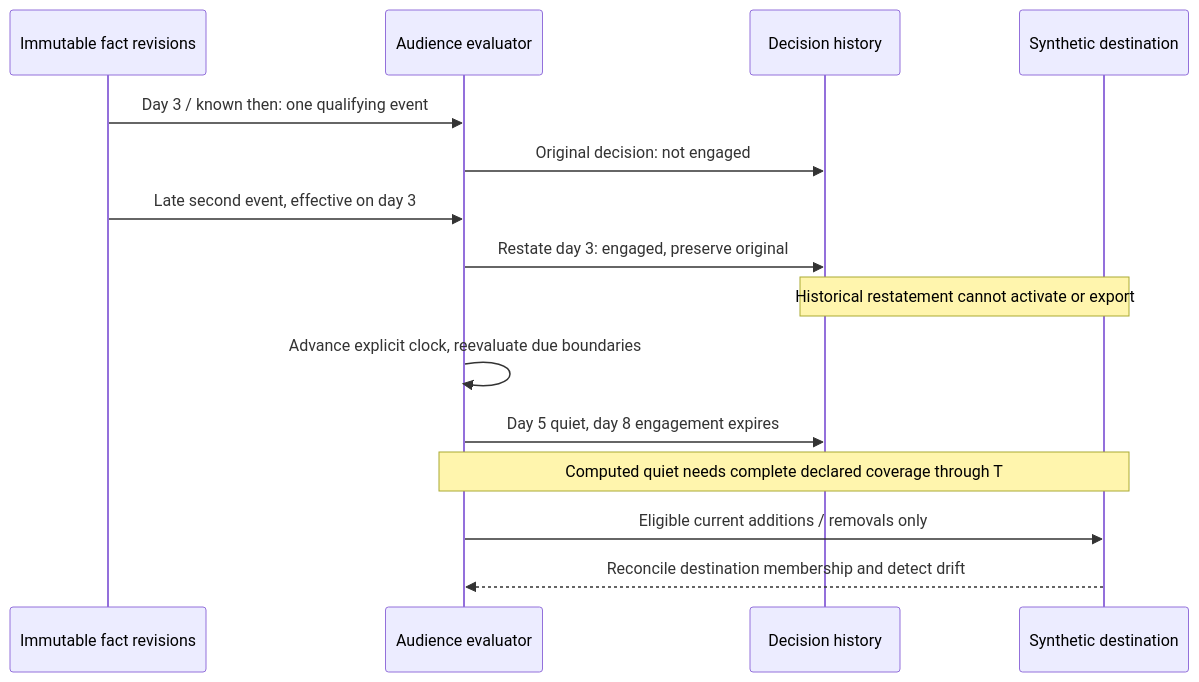
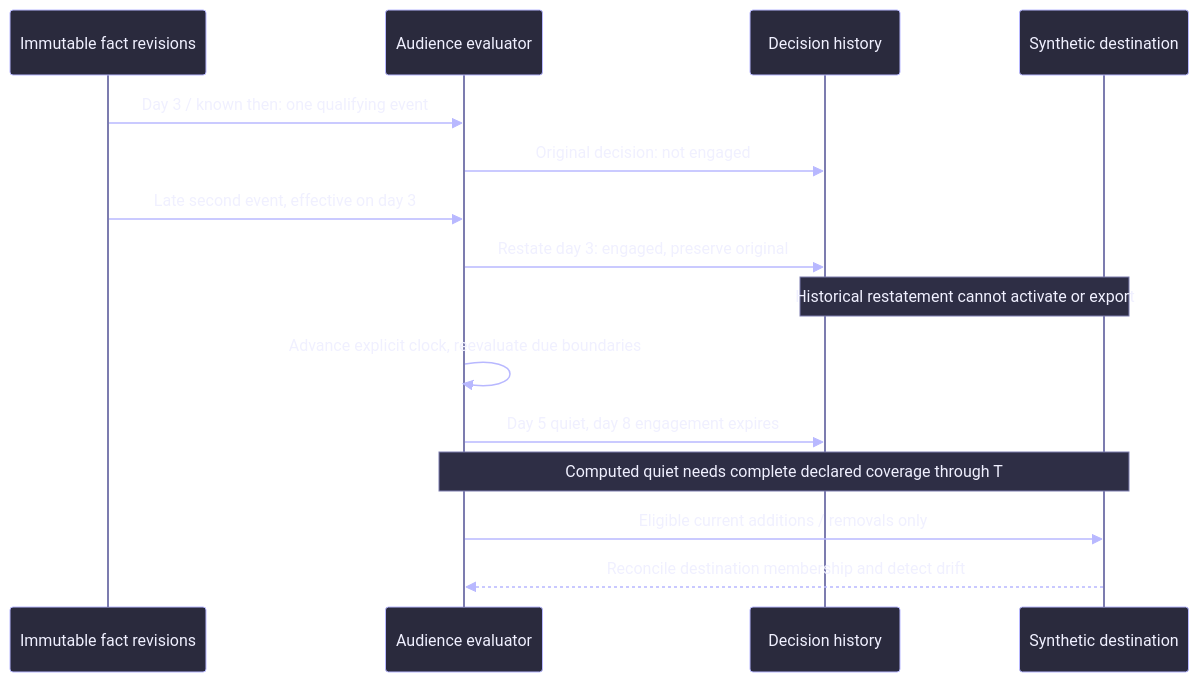
The diagram in README.md (rlbsem/temporal-customer-audiences), drawn with Mermaid before and after one commit.

Commit message:
Apply Groundbreakers engineering diagram palette (#1)

````diff
--- a/README.md
+++ b/README.md
@@ -7,17 +7,18 @@
 ```mermaid
+%%{init: {"theme":"base","themeVariables":{"background":"#10101D","primaryColor":"#2A2A3D","primaryTextColor":"#F0F0FF","primaryBorderColor":"#7C7CAF","lineColor":"#B8B8FF","textColor":"#F0F0FF","secondaryColor":"#181825","tertiaryColor":"#2E2E45","fontFamily":"IBM Plex Sans, Arial, sans-serif","fontSize":"15px","actorBkg":"#2A2A3D","actorBorder":"#B8B8FF","actorTextColor":"#F0F0FF","actorLineColor":"#7C7CAF","signalColor":"#B8B8FF","signalTextColor":"#F0F0FF","noteBkgColor":"#2E2E45","noteTextColor":"#F0F0FF","noteBorderColor":"#7C7CAF","labelBoxBkgColor":"#181825","labelTextColor":"#F0F0FF"}}}%%
 sequenceDiagram
   participant F as Immutable fact revisions
   participant E as Audience evaluator
   participant H as Decision history
   participant D as Synthetic destination
   F->>E: Day 3 / known then: one qualifying event
   E->>H: Original decision: not engaged
   F->>E: Late second event, effective on day 3
   E->>H: Restate day 3: engaged, preserve original
   Note over H,D: Historical restatement cannot activate or export
   E->>E: Advance explicit clock, reevaluate due boundaries
   E->>H: Day 5 quiet, day 8 engagement expires
   Note over E,D: Computed quiet needs complete declared coverage through T
   E->>D: Eligible current additions / removals only
   D-->>E: Reconcile destination membership and detect drift
 ```
````
